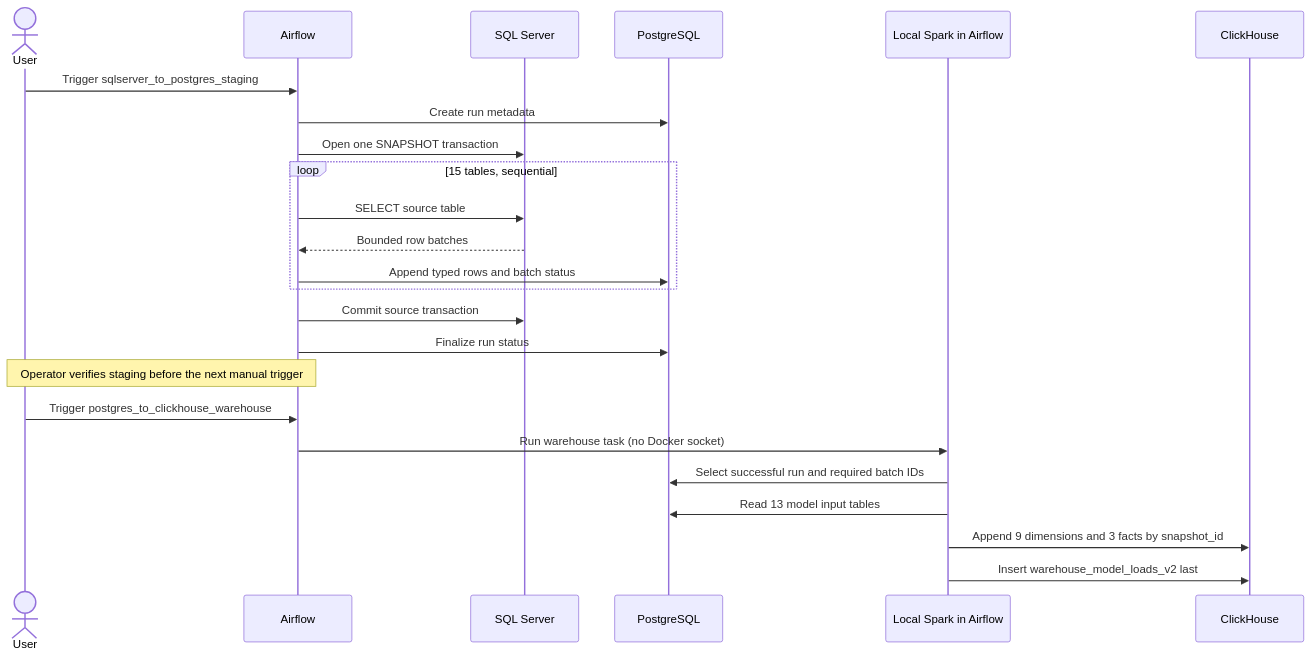
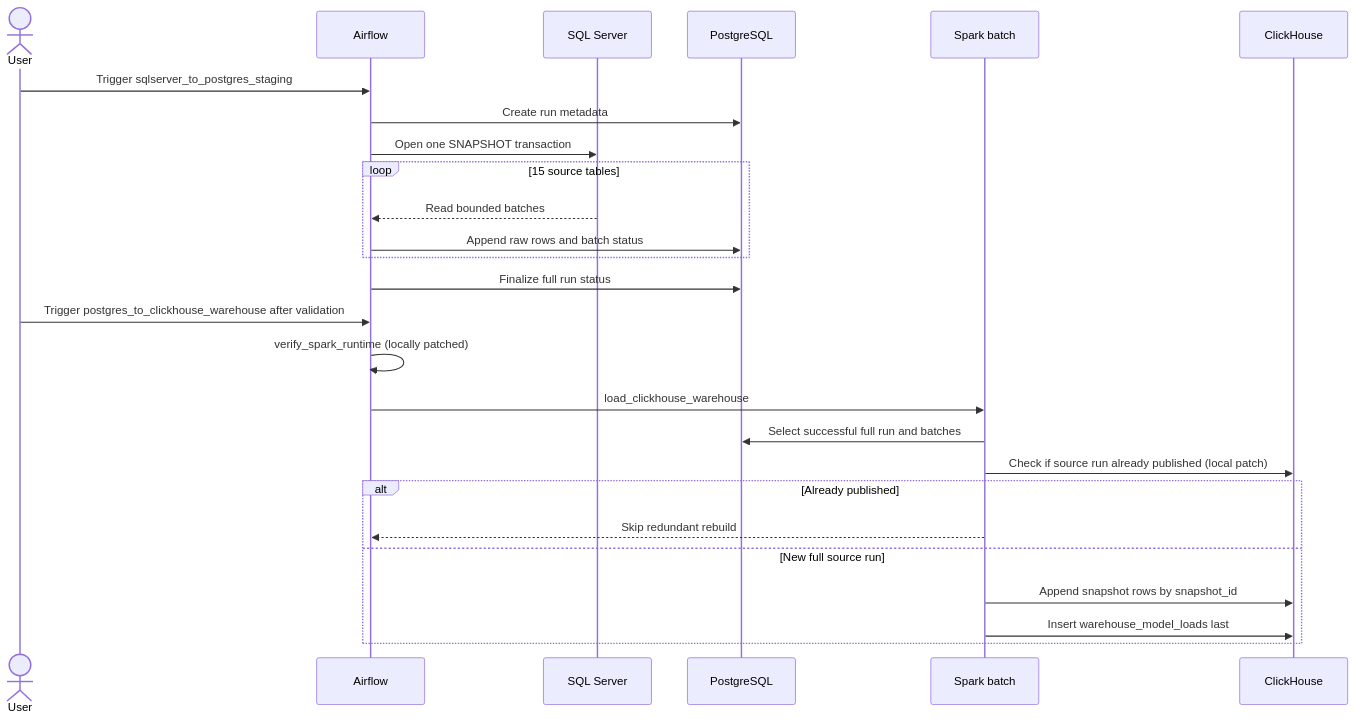
One commit to pzolfaghari72/students-data-engineering-platform changed the third of 3 diagrams in docs/02-architecture/diagrams/batch-pipeline.md. Above: the diagram before and after it, drawn with Mermaid. The commit also changed other lines of this file and 41 other files, not shown here.

````diff
--- a/docs/02-architecture/diagrams/batch-pipeline.md
+++ b/docs/02-architecture/diagrams/batch-pipeline.md
@@ -62,26 +54,28 @@
 ```mermaid
 sequenceDiagram
     actor User
     participant AF as Airflow
     participant SQL as SQL Server
     participant PG as PostgreSQL
-    participant Spark as Local Spark in Airflow
+    participant S as Spark batch
     participant CH as ClickHouse
     User->>AF: Trigger sqlserver_to_postgres_staging
     AF->>PG: Create run metadata
     AF->>SQL: Open one SNAPSHOT transaction
-    loop 15 tables, sequential
-        AF->>SQL: SELECT source table
-        SQL-->>AF: Bounded row batches
-        AF->>PG: Append typed rows and batch status
+    loop 15 source tables
+        SQL-->>AF: Read bounded batches
+        AF->>PG: Append raw rows and batch status
     end
-    AF->>SQL: Commit source transaction
-    AF->>PG: Finalize run status
-    Note over User,AF: Operator verifies staging before the next manual trigger
-    User->>AF: Trigger postgres_to_clickhouse_warehouse
-    AF->>Spark: Run warehouse task (no Docker socket)
-    Spark->>PG: Select successful run and required batch IDs
-    Spark->>PG: Read 13 model input tables
-    Spark->>CH: Append 9 dimensions and 3 facts by snapshot_id
-    Spark->>CH: Insert warehouse_model_loads_v2 last
+    AF->>PG: Finalize full run status
+    User->>AF: Trigger postgres_to_clickhouse_warehouse after validation
+    AF->>AF: verify_spark_runtime (locally patched)
+    AF->>S: load_clickhouse_warehouse
+    S->>PG: Select successful full run and batches
+    S->>CH: Check if source run already published (local patch)
+    alt Already published
+        S-->>AF: Skip redundant rebuild
+    else New full source run
+        S->>CH: Append snapshot rows by snapshot_id
+        S->>CH: Insert warehouse_model_loads last
+    end
 ```
````
